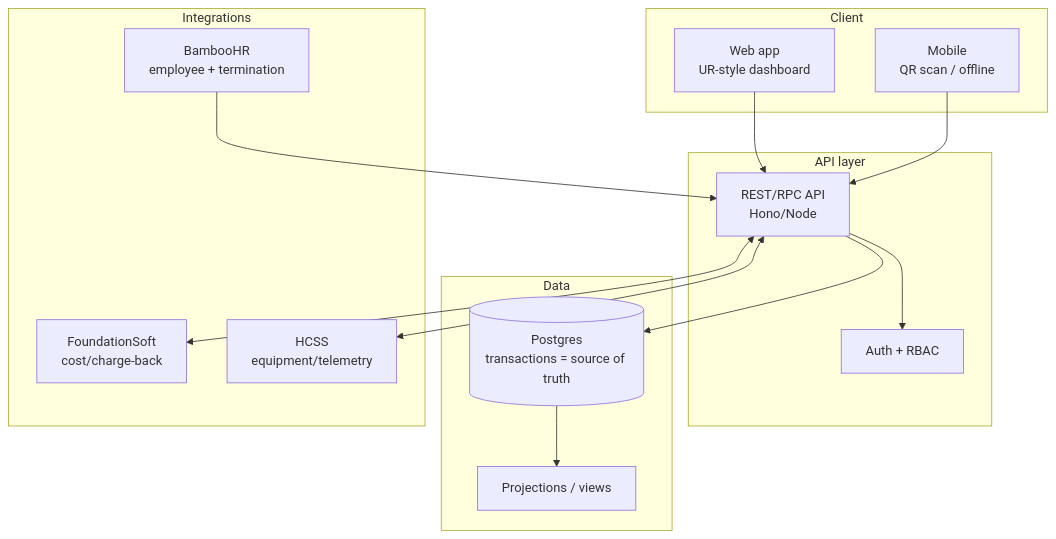
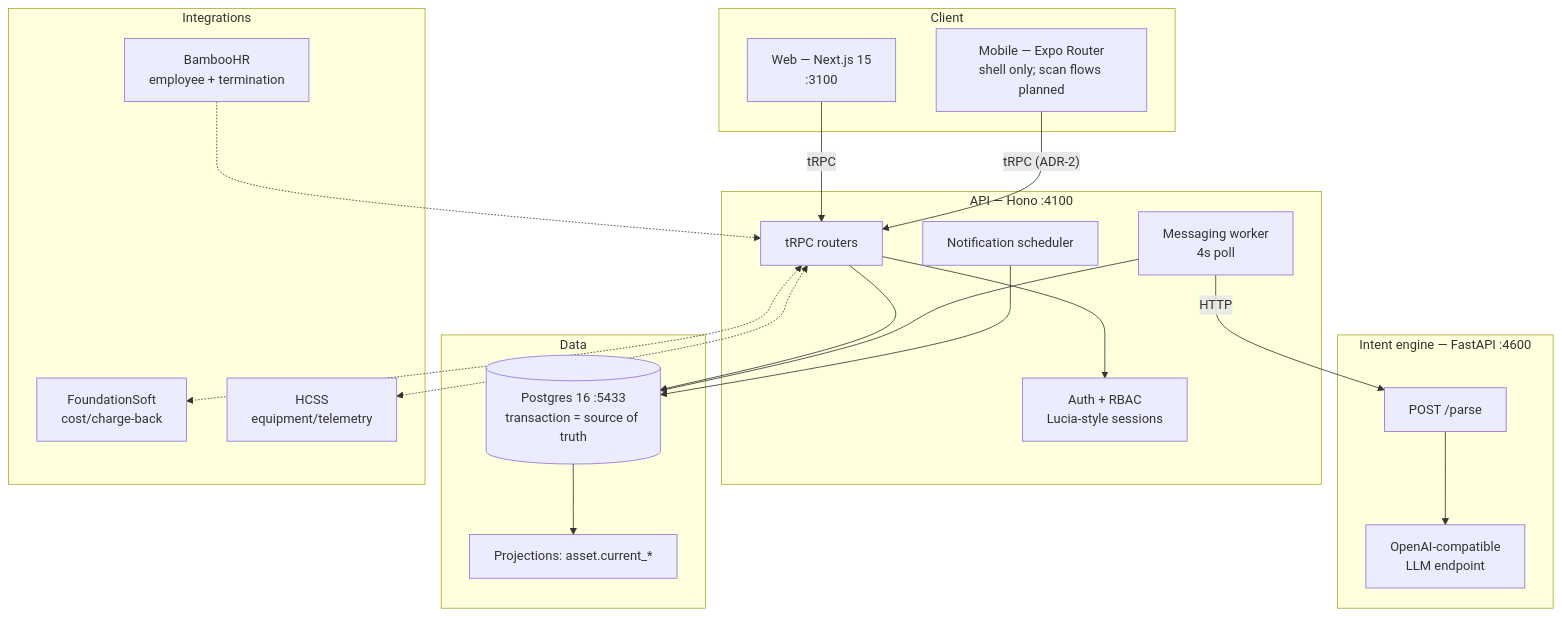
Before and after one commit to adds08/Optix: the tenth of 13 diagrams in docs/04-diagrams.md, drawn with Mermaid. The commit also changed other lines of this file and 132 other files, not shown here.

First line of the commit message:
checkpoint: d02 UI, messaging/AI layer, expo shell, reconciled docs

````diff
--- a/docs/04-diagrams.md
+++ b/docs/04-diagrams.md
@@ -180,28 +242,38 @@
 ```mermaid
 flowchart TB
     subgraph Client
-        WEB[Web app<br/>UR-style dashboard]
-        MOB[Mobile<br/>QR scan / offline]
+        WEB["Web — Next.js 15<br/>:3100"]
+        MOB["Mobile — Expo Router<br/>shell only; scan flows planned"]
     end
-    subgraph API[API layer]
-        HONO[REST/RPC API<br/>Hono/Node]
-        AUTH[Auth + RBAC]
+    subgraph API["API — Hono :4100"]
+        TRPC[tRPC routers]
+        AUTH[Auth + RBAC<br/>Lucia-style sessions]
+        NOTIF[Notification scheduler]
+        WORK[Messaging worker<br/>4s poll]
+    end
+    subgraph ENG["Intent engine — FastAPI :4600"]
+        PARSE["POST /parse"]
+        LLM[OpenAI-compatible<br/>LLM endpoint]
     end
     subgraph Data
-        PG[(Postgres<br/>transactions = source of truth)]
-        PROJ[Projections / views]
+        PG[("Postgres 16 :5433<br/>transaction = source of truth")]
+        PROJ["Projections: asset.current_*"]
     end
     subgraph Integrations
         FS[FoundationSoft<br/>cost/charge-back]
         HR[BambooHR<br/>employee + termination]
         HCSS[HCSS<br/>equipment/telemetry]
     end
-    WEB --> HONO
-    MOB --> HONO
-    HONO --> AUTH
-    HONO --> PG
+    WEB -->|tRPC| TRPC
+    MOB -->|"tRPC (ADR-2)"| TRPC
+    TRPC --> AUTH
+    TRPC --> PG
+    WORK --> PG
+    NOTIF --> PG
+    WORK -->|HTTP| PARSE
+    PARSE --> LLM
     PG --> PROJ
-    HONO <--> FS
-    HR --> HONO
-    HONO <--> HCSS
+    TRPC <-.-> FS
+    HR -.-> TRPC
+    TRPC <-.-> HCSS
 ```
````
